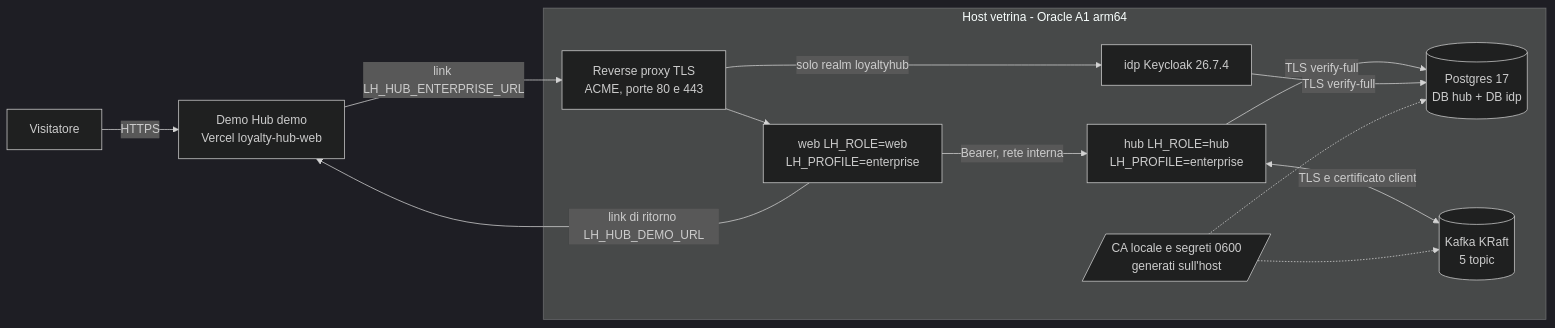
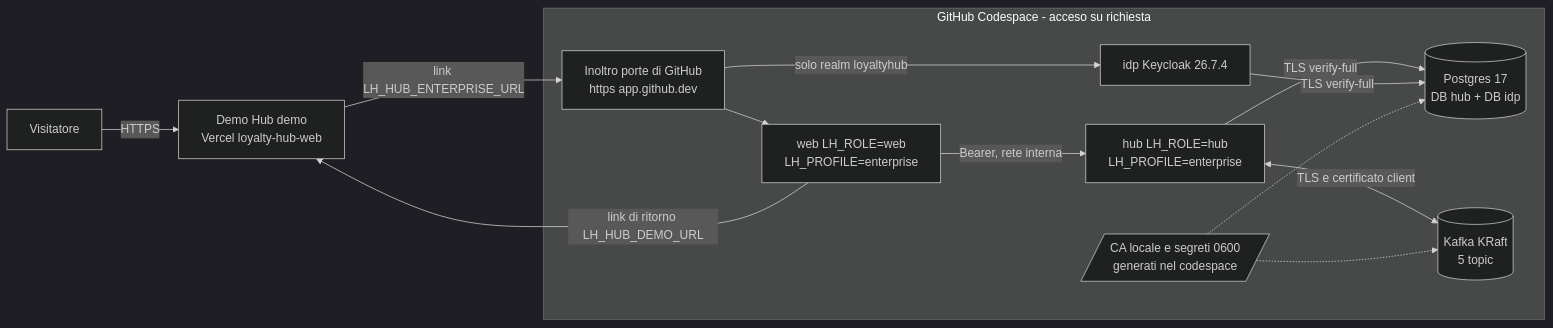
One commit to peppe-ruv/Loyalty_Sys changed the first of 3 diagrams in concetti/vetrina-enterprise.mdx. Above: the diagram before and after it, drawn with Mermaid (dark theme). The commit also changed other lines of this file and 6 other files, not shown here.

First line of the commit message:
docs(adr): vetrina enterprise su Codespaces a richiesta [ADR-050, F2-DIST-09, M8.14, Q-660…Q-663, TOBE-012] (#197)

````diff
--- a/concetti/vetrina-enterprise.mdx
+++ b/concetti/vetrina-enterprise.mdx
@@ -21,18 +21,18 @@
 ```mermaid
 flowchart LR
   accTitle: Vetrina enterprise ospitata
-  accDescr: Il Demo Hub su Vercel collega la vetrina enterprise, che gira su un solo host arm64. Solo il reverse proxy TLS con certificati ACME è esposto; inoltra al web e al solo realm di Keycloak. Hub e Keycloak parlano con Postgres in TLS verificato e l'hub con Kafka in TLS con certificato del client, firmati da una CA locale generata sull'host.
+  accDescr: Il Demo Hub su Vercel collega la vetrina enterprise, che gira in un GitHub Codespace acceso su richiesta. Solo l'inoltro delle porte di GitHub è esposto, in https; porta al web e al solo realm di Keycloak. Hub e Keycloak parlano con Postgres in TLS verificato e l'hub con Kafka in TLS con certificato del client, firmati da una CA locale generata nel codespace.
   V[Visitatore] -->|HTTPS| DH[Demo Hub demo<br/>Vercel loyalty-hub-web]
   DH -->|link LH_HUB_ENTERPRISE_URL| RP
-  subgraph VM[Host vetrina - Oracle A1 arm64]
-    RP[Reverse proxy TLS<br/>ACME, porte 80 e 443] --> W[web LH_ROLE=web<br/>LH_PROFILE=enterprise]
+  subgraph VM[GitHub Codespace - acceso su richiesta]
+    RP[Inoltro porte di GitHub<br/>https app.github.dev] --> W[web LH_ROLE=web<br/>LH_PROFILE=enterprise]
     RP -->|solo realm loyaltyhub| K[idp Keycloak 26.7.4]
     W -->|Bearer, rete interna| H[hub LH_ROLE=hub<br/>LH_PROFILE=enterprise]
     H -->|TLS verify-full| PG[(Postgres 17<br/>DB hub + DB idp)]
     K -->|TLS verify-full| PG
     H <-->|TLS e certificato client| KF[(Kafka KRaft<br/>5 topic)]
-    CA[/CA locale e segreti 0600<br/>generati sull'host/] -.-> PG
+    CA[/CA locale e segreti 0600<br/>generati nel codespace/] -.-> PG
     CA -.-> KF
   end
   W -->|link di ritorno LH_HUB_DEMO_URL| DH
 ```
````
